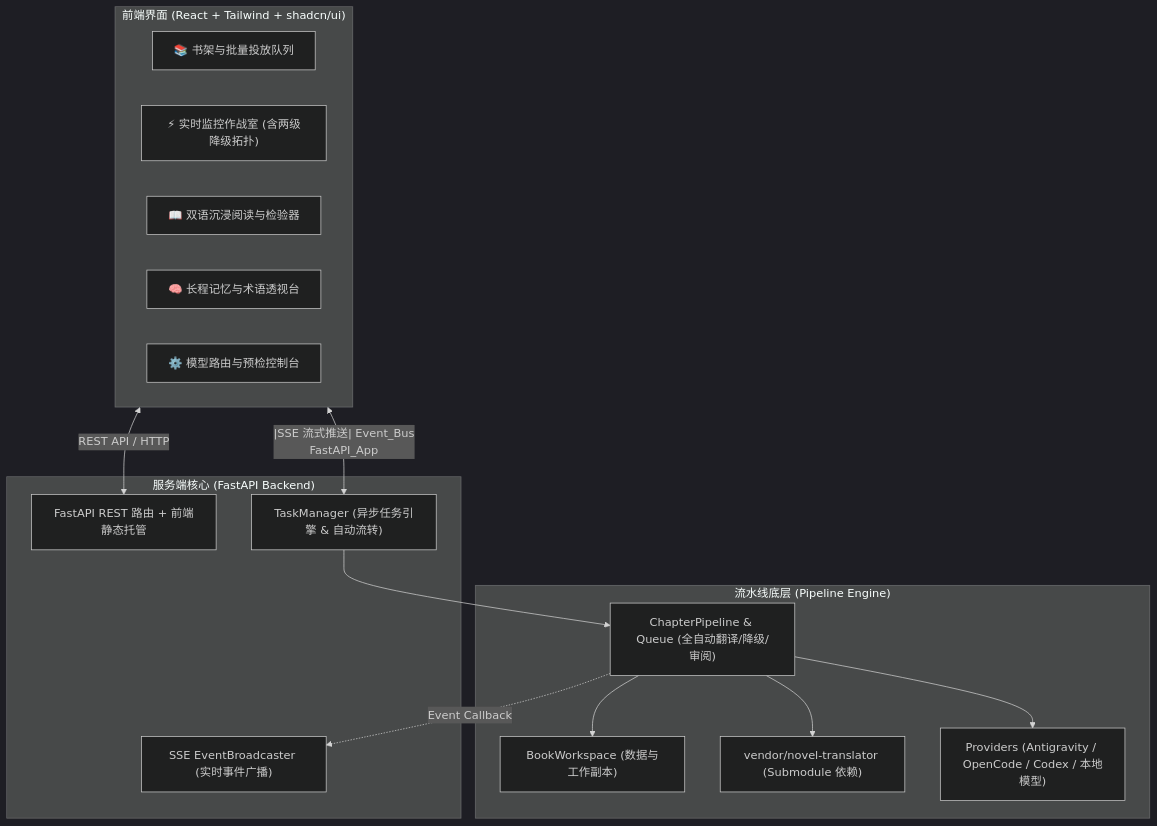
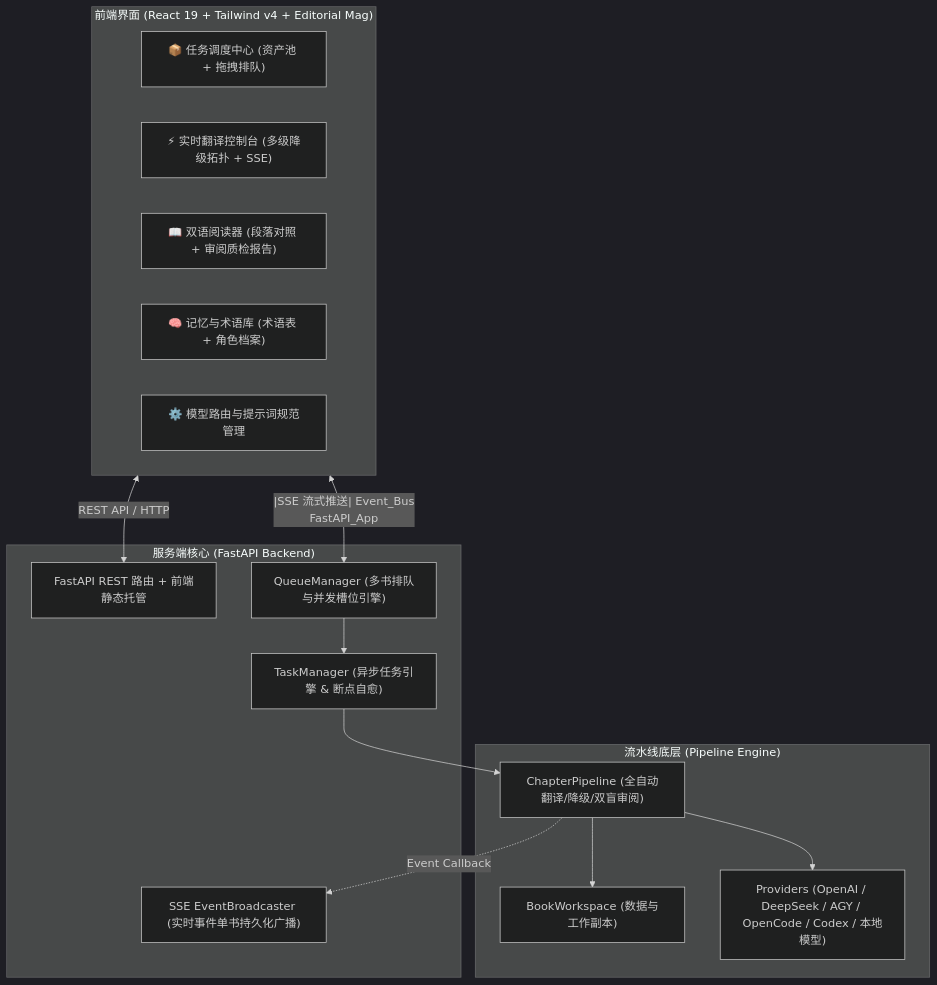
Before and after one commit to bread22/novel-translator-pipeline: the diagram in docs/web-studio-prd.md, drawn with Mermaid (dark theme). The commit also changed other lines of this file and 5 other files, not shown here.

Commit message:
docs: update README, PRD, CHANGELOG, and design specs for Editorial Magazine paradigm and Web Studio v0.2.0

````diff
--- a/docs/web-studio-prd.md
+++ b/docs/web-studio-prd.md
@@ -22,32 +31,32 @@
 ```mermaid
 graph TD
-    subgraph Client ["前端界面 (React + Tailwind + shadcn/ui)"]
-        UI_Library["📚 书架与批量投放队列"]
-        UI_Studio["⚡ 实时监控作战室 (含两级降级拓扑)"]
-        UI_Reader["📖 双语沉浸阅读与检验器"]
-        UI_Memory["🧠 长程记忆与术语透视台"]
-        UI_Settings["⚙️ 模型路由与预检控制台"]
+    subgraph Client ["前端界面 (React 19 + Tailwind v4 + Editorial Mag)"]
+        UI_Queue["📦 任务调度中心 (资产池 + 拖拽排队)"]
+        UI_Studio["⚡ 实时翻译控制台 (多级降级拓扑 + SSE)"]
+        UI_Reader["📖 双语阅读器 (段落对照 + 审阅质检报告)"]
+        UI_Memory["🧠 记忆与术语库 (术语表 + 角色档案)"]
+        UI_Settings["⚙️ 模型路由与提示词规范管理"]
     end
 
     subgraph Server ["服务端核心 (FastAPI Backend)"]
         FastAPI_App["FastAPI REST 路由 + 前端静态托管"]
-        Task_Manager["TaskManager (异步任务引擎 & 自动流转)"]
-        Event_Bus["SSE EventBroadcaster (实时事件广播)"]
+        Queue_Manager["QueueManager (多书排队与并发槽位引擎)"]
+        Task_Manager["TaskManager (异步任务引擎 & 断点自愈)"]
+        Event_Bus["SSE EventBroadcaster (实时事件单书持久化广播)"]
     end
 
     subgraph Core_Engine ["流水线底层 (Pipeline Engine)"]
         Workspace["BookWorkspace (数据与工作副本)"]
-        Pipeline_Core["ChapterPipeline & Queue (全自动翻译/降级/审阅)"]
-        Vendor_Submodule["vendor/novel-translator (Submodule 依赖)"]
-        Providers_Layer["Providers (Antigravity / OpenCode / Codex / 本地模型)"]
+        Pipeline_Core["ChapterPipeline (全自动翻译/降级/双盲审阅)"]
+        Providers_Layer["Providers (OpenAI / DeepSeek / AGY / OpenCode / Codex / 本地模型)"]
     end
 
     Client <-->|REST API / HTTP| FastAPI_App
     Client <--|SSE 流式推送| Event_Bus
-    FastAPI_App --> Task_Manager
+    FastAPI_App --> Queue_Manager
+    Queue_Manager --> Task_Manager
     Task_Manager --> Pipeline_Core
     Pipeline_Core --> Workspace
-    Pipeline_Core --> Vendor_Submodule
     Pipeline_Core --> Providers_Layer
     Pipeline_Core -.->|Event Callback| Event_Bus
 ```
````
